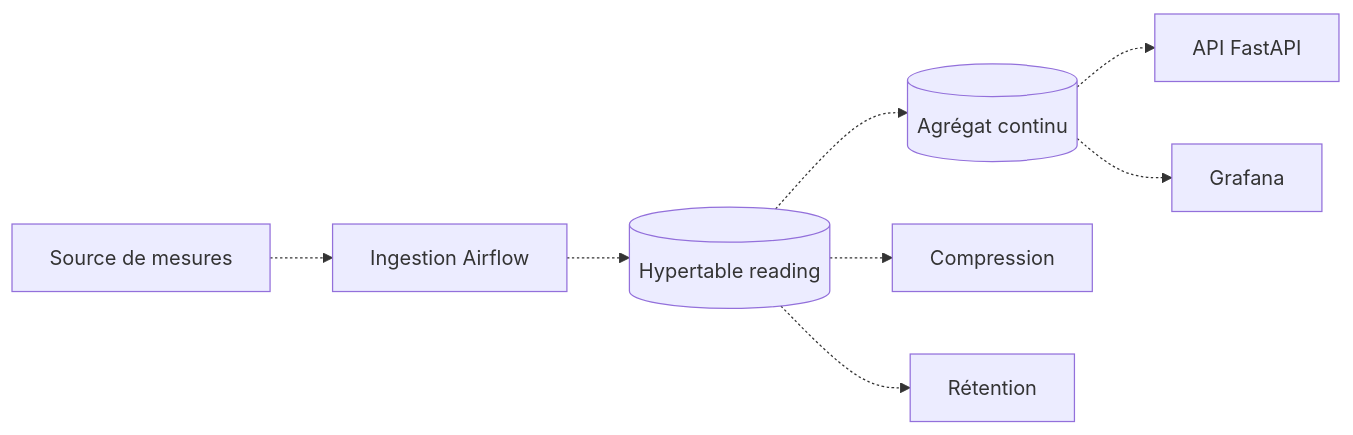
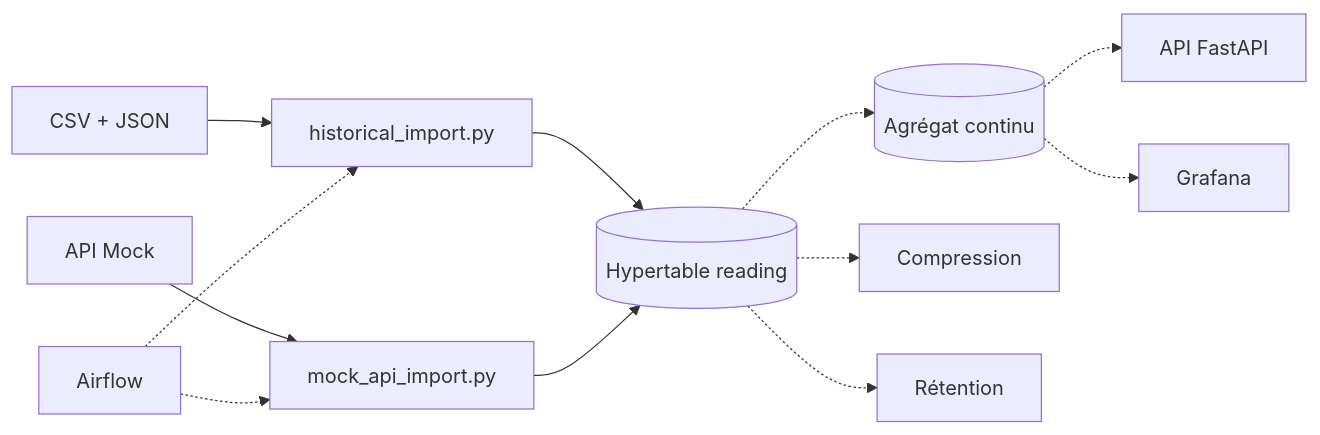
Before and after one commit to ineszang/ProjetPiscine_EnerVision: the first of 2 diagrams in docs/architecture/40-data.md, drawn with Mermaid. The commit also changed other lines of this file and 1 other file, not shown here.

Commit message:
docs: documente l'ingestion depuis l'API Mock

````diff
--- a/docs/architecture/40-data.md
+++ b/docs/architecture/40-data.md
@@ -59,10 +76,18 @@
 ```mermaid
 flowchart LR
-  src["Source de mesures"] -.-> ing["Ingestion Airflow"]
-  ing -.-> hy[("Hypertable reading")]
+  csv["CSV + JSON"] --> hist["historical_import.py"]
+  mock["API Mock"] --> api["mock_api_import.py"]
+
+  hist --> hy[("Hypertable reading")]
+  api --> hy
+
+  airflow["Airflow"] -.-> hist
+  airflow -.-> api
+
   hy -.-> agg[("Agrégat continu")]
   hy -.-> comp["Compression"]
   hy -.-> ret["Rétention"]
-  agg -.-> api["API FastAPI"]
+
+  agg -.-> backend["API FastAPI"]
   agg -.-> graf["Grafana"]
 ```
````
